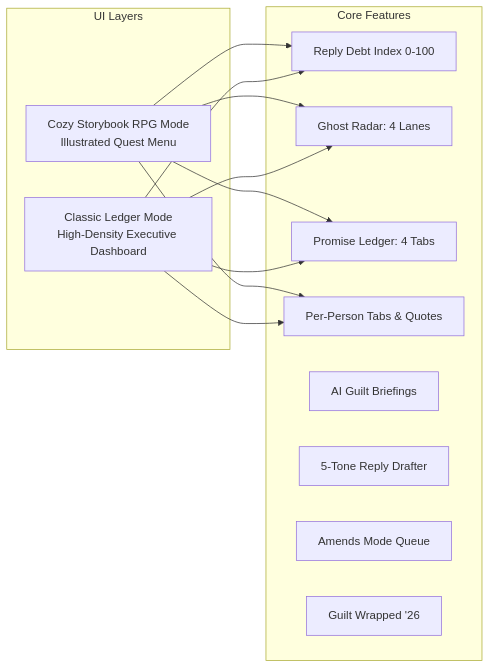
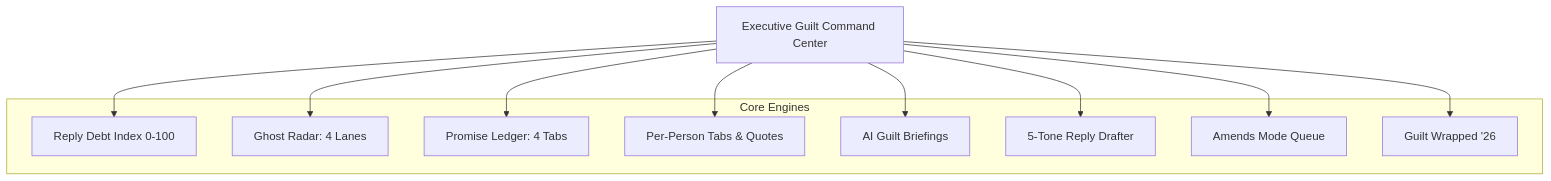
Before and after one commit to Nekyo7/WhatsUp-: the second of 2 diagrams in README.md, drawn with Mermaid. The commit also changed other lines of this file and 4 other files, not shown here.

````diff
--- a/README.md
+++ b/README.md
@@ -58,21 +58,17 @@
 ```mermaid
-graph LR
-    subgraph UI Layers
-        RPG[Cozy Storybook RPG Mode\nIllustrated Quest Menu]
-        Classic[Classic Ledger Mode\nHigh-Density Executive Dashboard]
-    end
+graph TD
+    Dashboard[Executive Guilt Command Center]
 
-    subgraph Core Features
+    subgraph Core Engines
         Debt[Reply Debt Index 0-100]
         Radar[Ghost Radar: 4 Lanes]
         Ledger[Promise Ledger: 4 Tabs]
         Person[Per-Person Tabs & Quotes]
         Briefing[AI Guilt Briefings]
         Drafter[5-Tone Reply Drafter]
         Amends[Amends Mode Queue]
         Wrapped[Guilt Wrapped '26]
     end
 
-    RPG --> Debt & Radar & Ledger & Person
-    Classic --> Debt & Radar & Ledger & Person
+    Dashboard --> Debt & Radar & Ledger & Person & Briefing & Drafter & Amends & Wrapped
 ```
````
